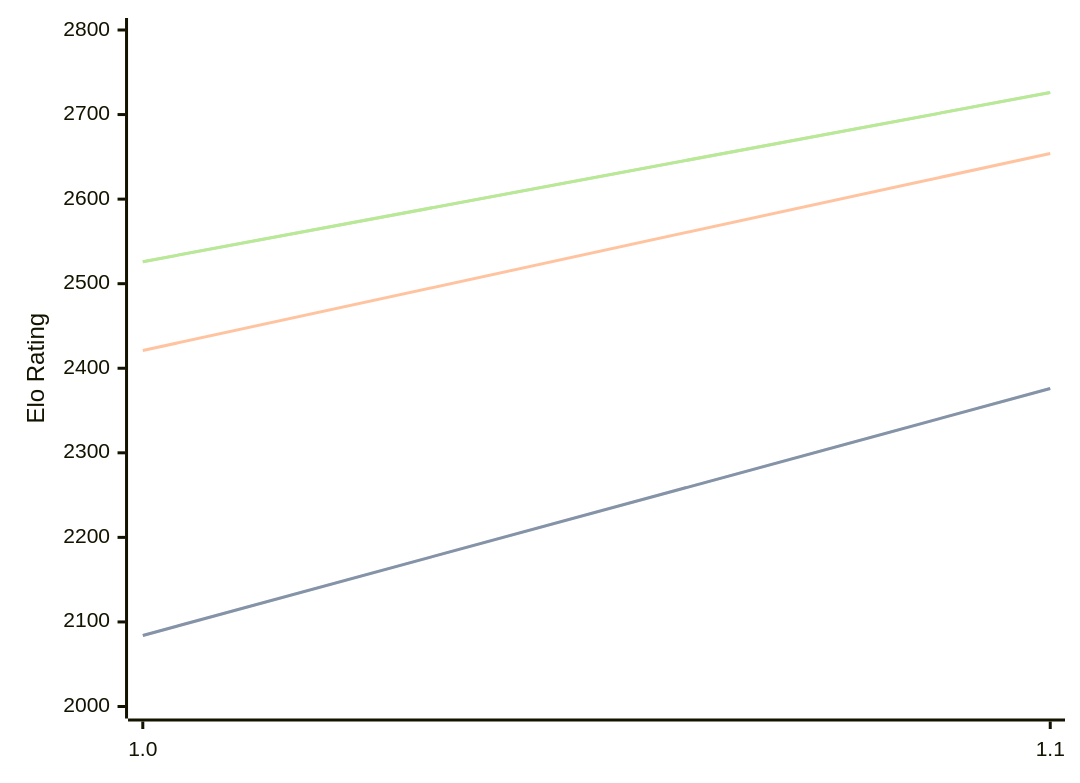
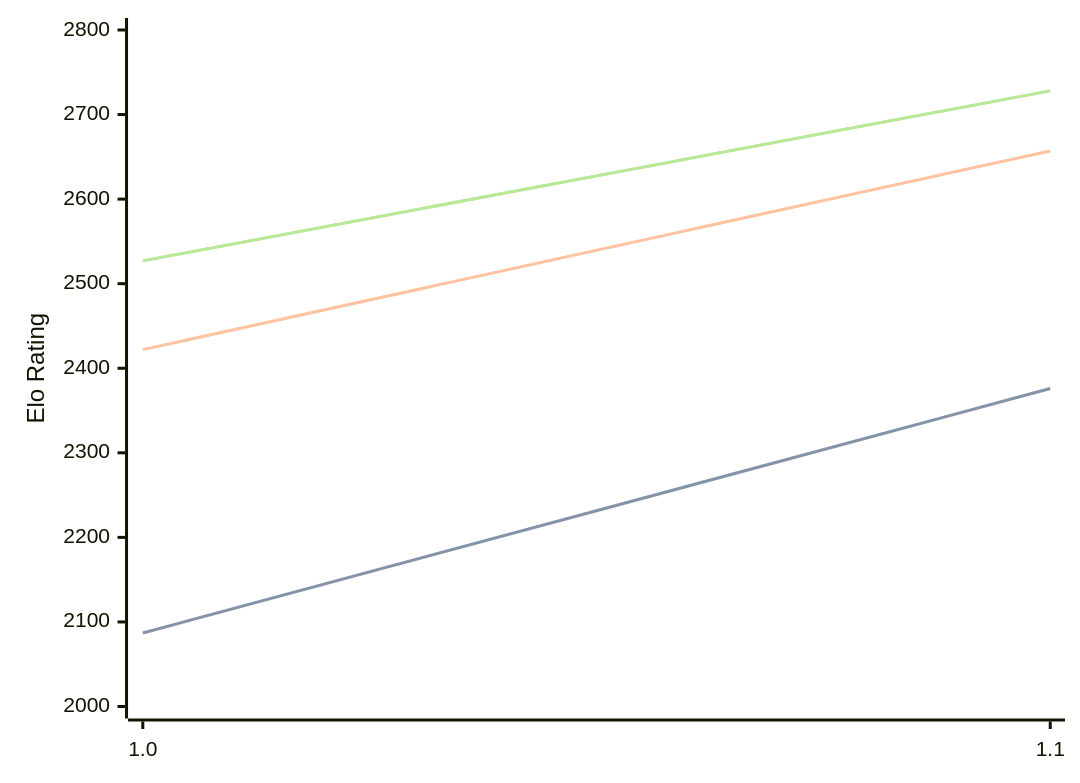
One commit to computer-chess-index/cci changed the diagram in engines/Erinn.md. Above: the diagram before and after it, drawn with Mermaid. The commit also changed other lines of this file, not shown here.

Commit message:
Update CCI Ratings (ELO VLTC) - 2026-08-22

````diff
--- a/engines/Erinn.md
+++ b/engines/Erinn.md
@@ -32,11 +32,11 @@
 ```mermaid
 %%{init: {"theme":"base","themeVariables":{"seriesColors:['#a3a3a3','#222221','#faa371']}}}%%
 xychart-beta
   x-axis ["1.0", "1.1"]
   y-axis "Elo Rating" 2000 --> 2800
-  line "STC (8.0+0.08s)" [2084, 2376]
-  line "STC (8.0+0.08s)" [2084, 2376]
-  line "LTC (60.0+0.60s)" [2421, 2654]
-  line "VLTC (2m24s+1.12s)" [2526, 2726]
-  line "VLTC (2m24s+1.12s)" [2526, 2726]
+  line "STC (8.0+0.08s)" [2087, 2376]
+  line "STC (8.0+0.08s)" [2087, 2376]
+  line "LTC (60.0+0.60s)" [2422, 2657]
+  line "VLTC (2m24s+1.12s)" [2527, 2728]
+  line "VLTC (2m24s+1.12s)" [2527, 2728]
 ```
````
